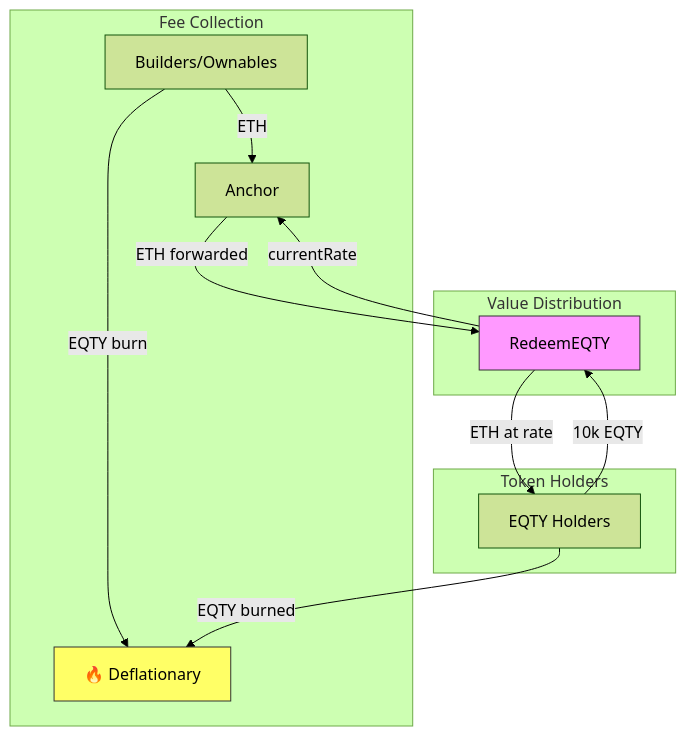
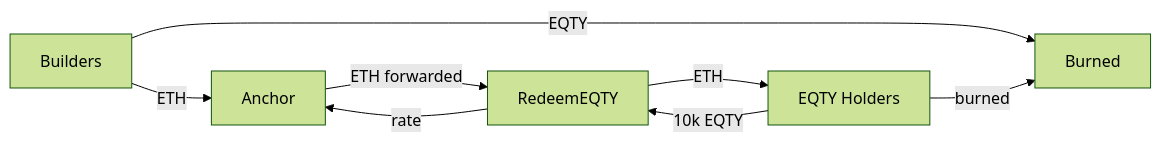
The diagram in README.md (eqty-dao/eqty-contracts), drawn with Mermaid (forest theme) before and after one commit.

Commit message:
fix: Simplify Mermaid diagram for GitHub compatibility

````diff
--- a/README.md
+++ b/README.md
@@ -26,21 +26,10 @@
 ```mermaid
-graph TB
-    subgraph "Fee Collection"
-        A[Builders/Ownables] -->|ETH| B[Anchor]
-        A -->|EQTY burn| D[🔥 Deflationary]
-    end
-    
-    subgraph "Value Distribution"
-        B -->|ETH forwarded| C[RedeemEQTY]
-        C -->|currentRate| B
-    end
-    
-    subgraph "Token Holders"
-        E[EQTY Holders] -->|10k EQTY| C
-        C -->|ETH at rate| E
-        E -->|EQTY burned| D
-    end
-    
-    style C fill:#f9f,stroke:#333
-    style D fill:#ff6,stroke:#333
+graph LR
+    A[Builders] -->|ETH| B[Anchor]
+    A -->|EQTY| D[Burned]
+    B -->|ETH forwarded| C[RedeemEQTY]
+    C -->|rate| B
+    E[EQTY Holders] -->|10k EQTY| C
+    C -->|ETH| E
+    E -->|burned| D
 ```
````
